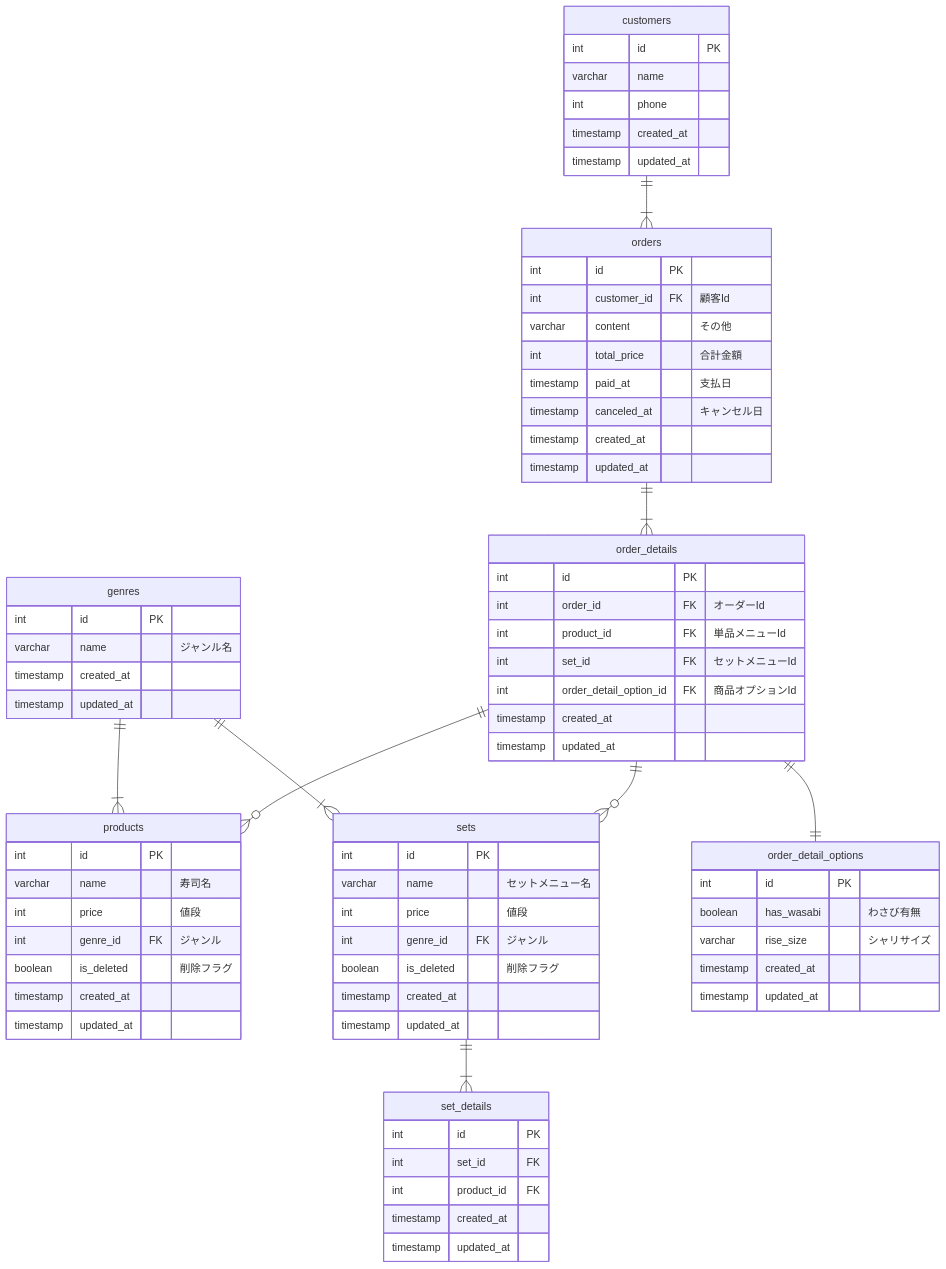
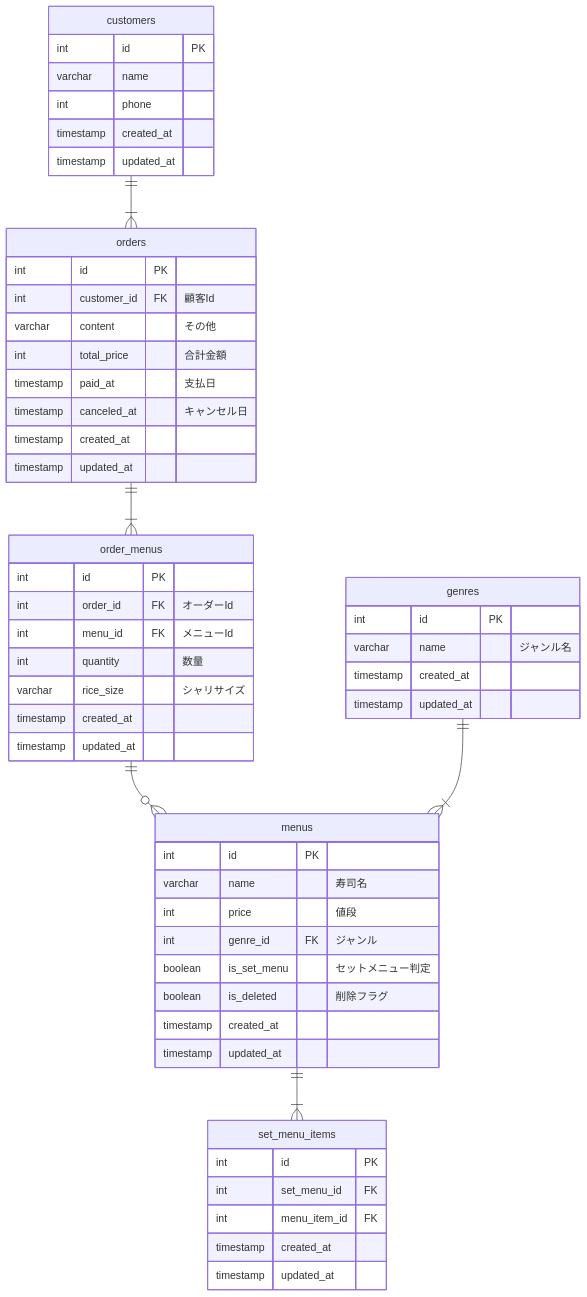
One commit to yaeok/PrAha_challenge changed the diagram in database/modeling/001/challenge02-2.md. Above: the diagram before and after it, drawn with Mermaid. The commit also changed 2 other files, not shown here.

Commit message:
課題2-3まで実施

````diff
--- a/database/modeling/001/challenge02-2.md
+++ b/database/modeling/001/challenge02-2.md
@@ -5,13 +5,10 @@
 ```mermaid
 erDiagram
     customers ||--|{ orders : ""
-    orders ||--|{ order_details : ""
-    order_details ||--o{ products : ""
-    order_details ||--o{ sets : ""
-    sets ||--|{ set_details : ""
-    genres ||--|{ products : ""
-    genres ||--|{ sets : ""
-    order_details ||--|| order_detail_options : ""
+    orders ||--|{ order_menus : ""
+    order_menus ||--o{ menus : ""
+    menus ||--|{ set_menu_items : ""
+    genres ||--|{ menus : ""
 
     customers {
         int id PK
@@ -21,11 +18,12 @@
         timestamp updated_at
     }
 
-    products {
+    menus {
         int id PK
         varchar name "寿司名"
         int price "値段"
         int genre_id FK "ジャンル"
+        boolean is_set_menu "セットメニュー判定"
         boolean is_deleted "削除フラグ"
         timestamp created_at
         timestamp updated_at
@@ -42,38 +40,20 @@
         timestamp updated_at
     }
 
-    order_details {
+    order_menus {
         int id PK
         int order_id FK "オーダーId"
-        int product_id FK "単品メニューId"
-        int set_id FK "セットメニューId"
-        int order_detail_option_id FK "商品オプションId"
+        int menu_id FK "メニューId"
+        int quantity "数量"
+        varchar rice_size "シャリサイズ"
         timestamp created_at
         timestamp updated_at
     }
 
-    order_detail_options {
+    set_menu_items {
         int id PK
-        boolean has_wasabi "わさび有無"
-        varchar rise_size "シャリサイズ"
-        timestamp created_at
-        timestamp updated_at
-    }
-
-    sets {
-        int id PK
-        varchar name "セットメニュー名"
-        int price "値段"
-        int genre_id FK "ジャンル"
-        boolean is_deleted "削除フラグ"
-        timestamp created_at
-        timestamp updated_at
-    }
-
-    set_details {
-        int id PK
-        int set_id FK
-        int product_id FK
+        int set_menu_id FK
+        int menu_item_id FK
         timestamp created_at
         timestamp updated_at
     }
````
